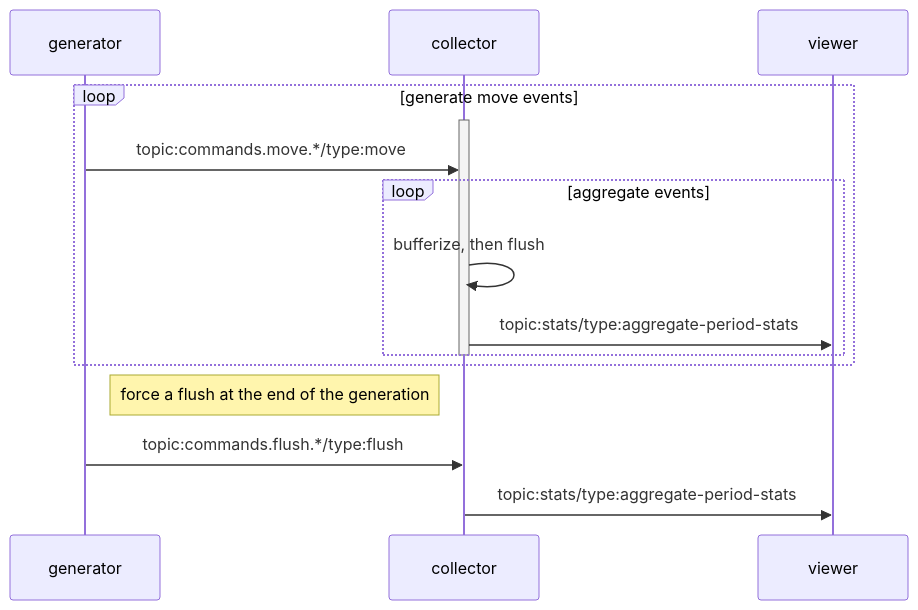
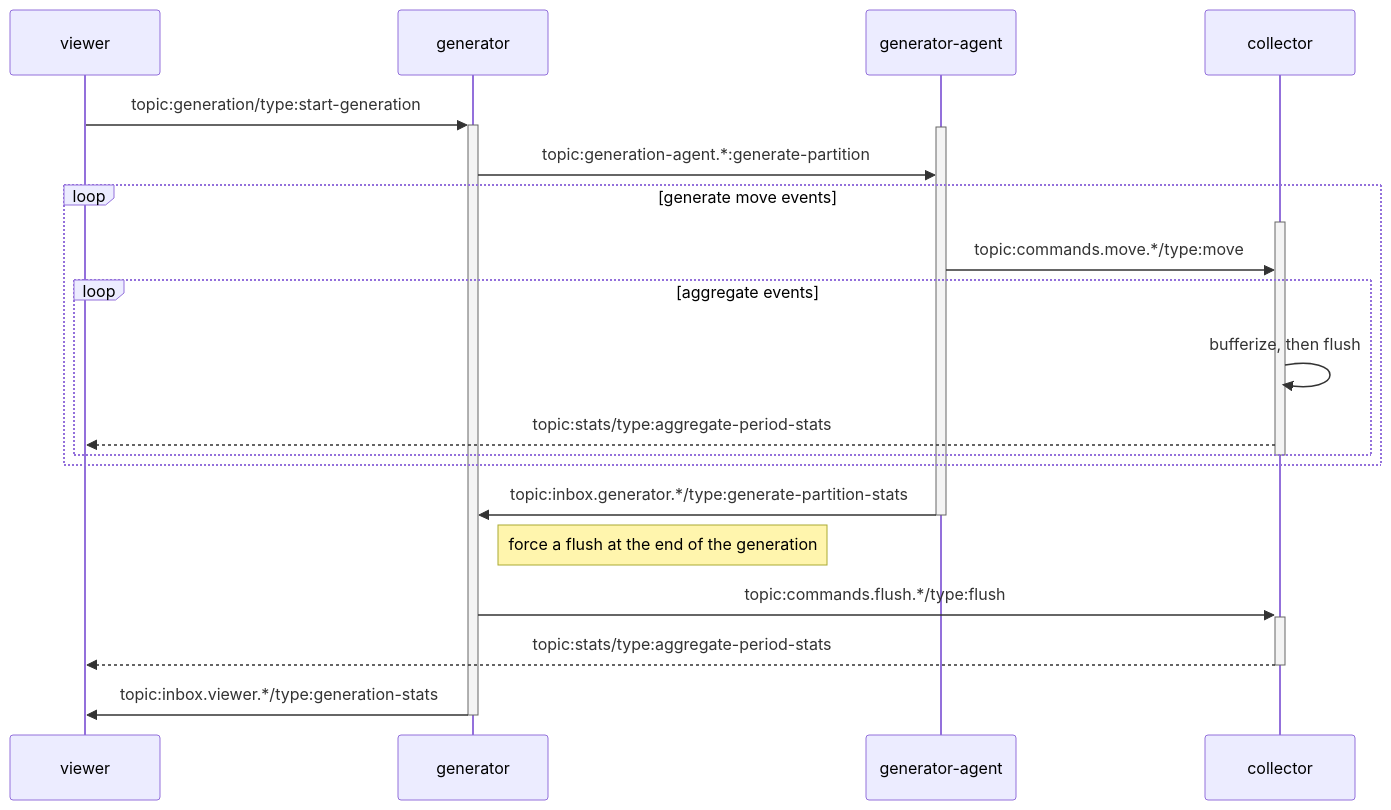
Before and after one commit to livetocode/vehicle-fleet-poc: the first of 3 diagrams in README.md, drawn with Mermaid. The commit also changed other lines of this file and 25 other files, not shown here.

````diff
--- a/README.md
+++ b/README.md
@@ -72,15 +79,21 @@
 ```mermaid
 sequenceDiagram
+    viewer ->>+ generator: topic:generation/type:start-generation
+    activate generator-agent
+    generator ->> generator-agent: topic:generation-agent.*:generate-partition
     loop generate move events
         activate collector
-        generator ->> collector: topic:commands.move.*/type:move
+        generator-agent ->> collector: topic:commands.move.*/type:move
         loop aggregate events
             collector ->> collector: bufferize, then flush
-            collector ->> viewer: topic:stats/type:aggregate-period-stats
+            collector -->> viewer: topic:stats/type:aggregate-period-stats
         end
         deactivate collector
     end
+    generator-agent ->> generator: topic:inbox.generator.*/type:generate-partition-stats
+    deactivate generator-agent
     note right of generator: force a flush at the end of the generation
-    generator ->> collector: topic:commands.flush.*/type:flush
-    collector ->> viewer: topic:stats/type:aggregate-period-stats
+    generator ->>+ collector: topic:commands.flush.*/type:flush
+    collector -->>- viewer: topic:stats/type:aggregate-period-stats
+    generator ->>- viewer: topic:inbox.viewer.*/type:generation-stats
 ```
````
